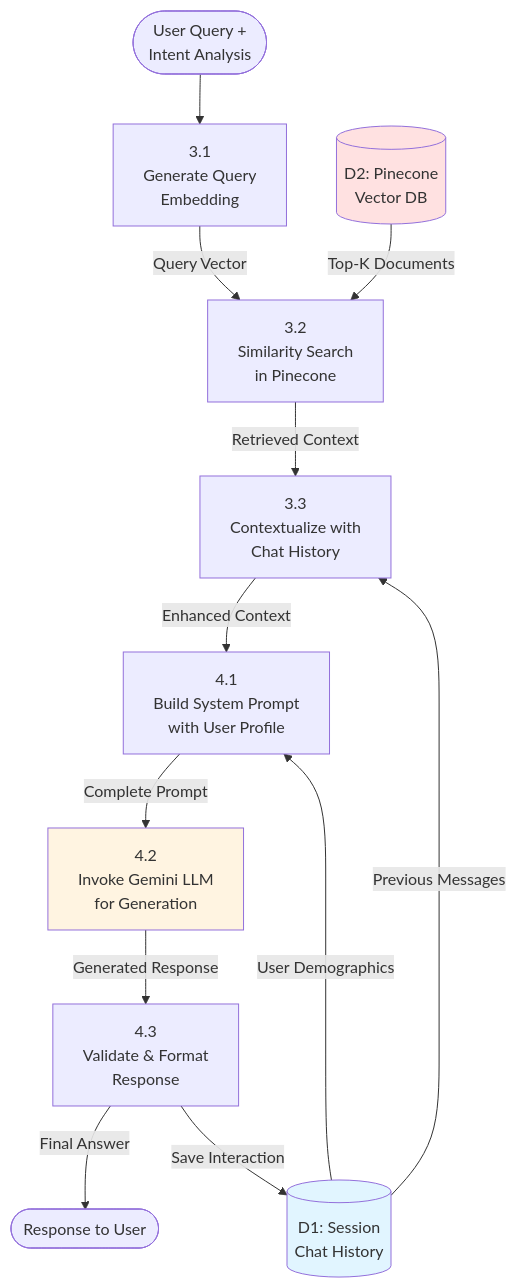
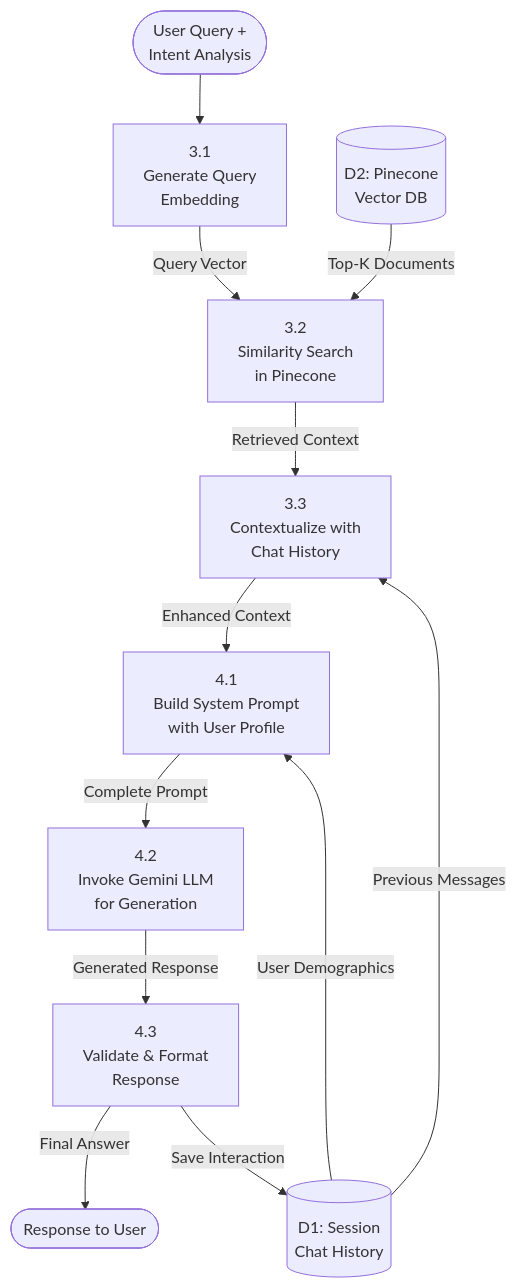
One commit to shubhamvasoya/mental-health-chatbot changed the third of 6 diagrams in PROJECT_REPORT.md. Above: the diagram before and after it, drawn with Mermaid. The commit also changed other lines of this file, not shown here.

````diff
--- a/PROJECT_REPORT.md
+++ b/PROJECT_REPORT.md
@@ -110,27 +107,23 @@
 ```mermaid
 graph TB
     Input([User Query +<br/>Intent Analysis])
     
     Input --> P31[3.1<br/>Generate Query<br/>Embedding]
     P31 -->|Query Vector| P32[3.2<br/>Similarity Search<br/>in Pinecone]
     
     D2[(D2: Pinecone<br/>Vector DB)] -->|Top-K Documents| P32
     P32 -->|Retrieved Context| P33[3.3<br/>Contextualize with<br/>Chat History]
     
     D1[(D1: Session<br/>Chat History)] -->|Previous Messages| P33
     
     P33 -->|Enhanced Context| P41[4.1<br/>Build System Prompt<br/>with User Profile]
     
     D1 -->|User Demographics| P41
     
     P41 -->|Complete Prompt| P42[4.2<br/>Invoke Gemini LLM<br/>for Generation]
     
     P42 -->|Generated Response| P43[4.3<br/>Validate & Format<br/>Response]
     
     P43 -->|Final Answer| Output([Response to User])
     P43 -->|Save Interaction| D1
-    
-    style D1 fill:#e1f5ff
-    style D2 fill:#ffe1e1
-    style P42 fill:#fff4e1
 ```
````
